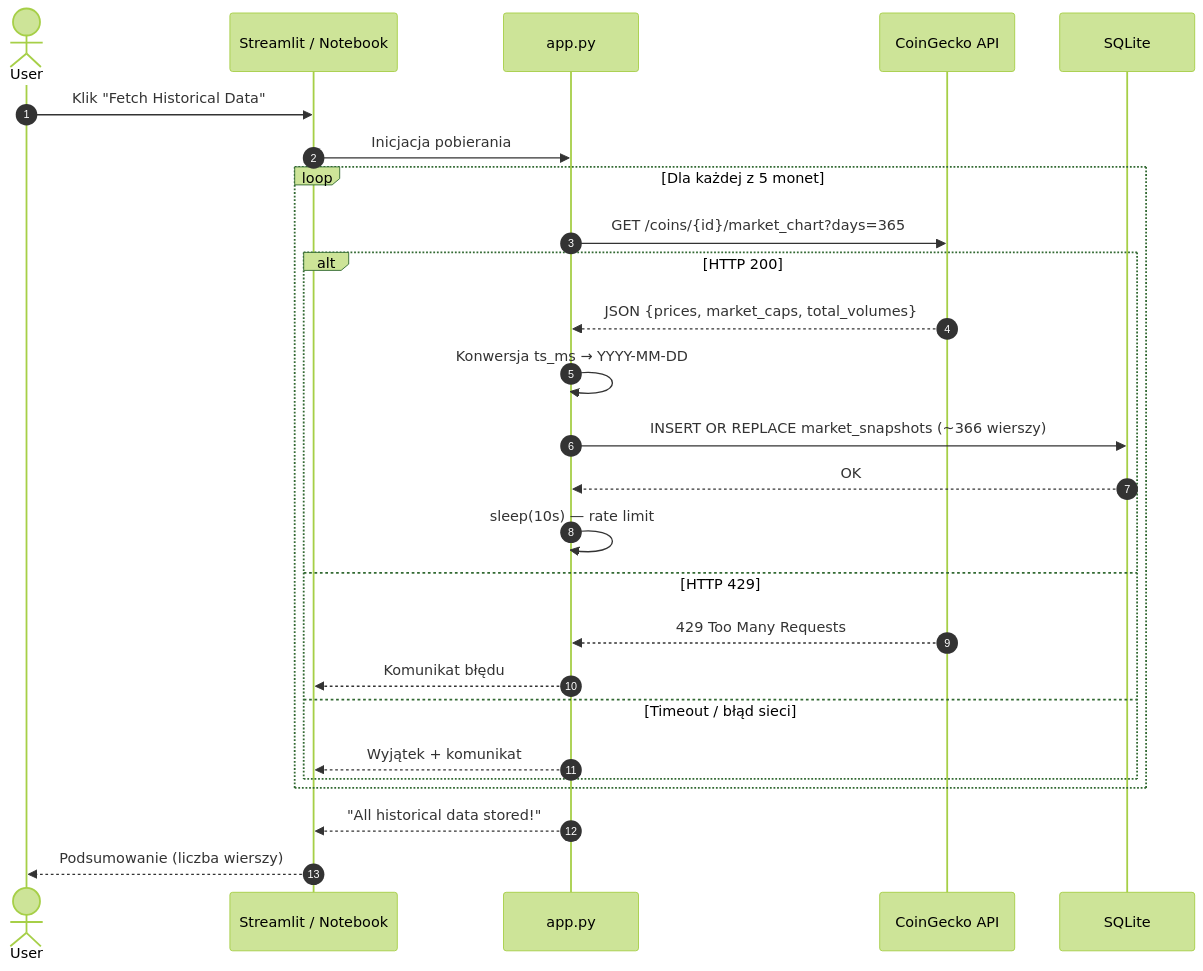
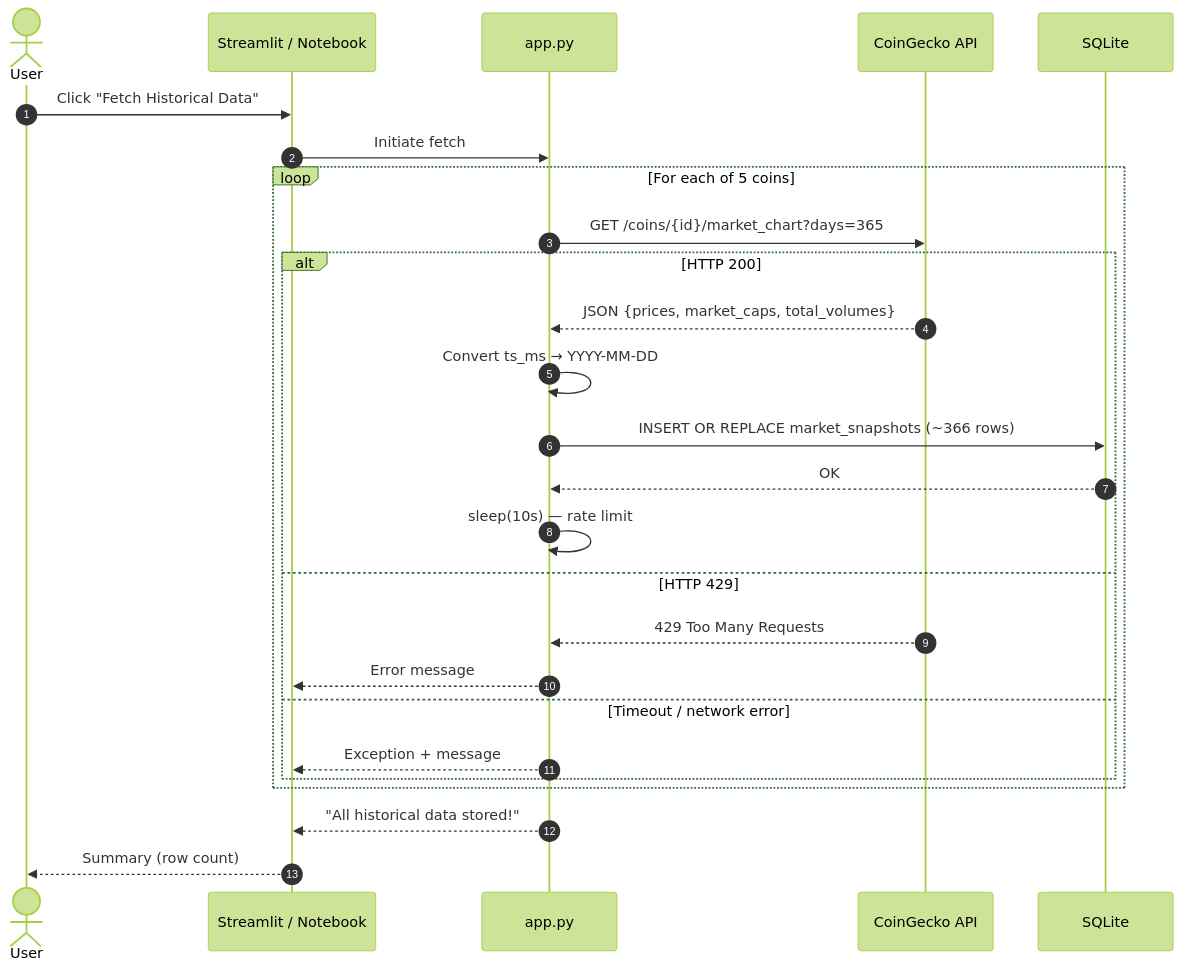
The third of 8 diagrams in .docs/diagrams.md (midusza04/coingeko_project), drawn with Mermaid (forest theme) before and after one commit. The commit also changed other lines of this file and 12 other files, not shown here.

````diff
--- a/.docs/diagrams.md
+++ b/.docs/diagrams.md
@@ -92,31 +92,31 @@
 ```mermaid
 sequenceDiagram
     autonumber
     actor User
     participant UI as Streamlit / Notebook
     participant App as app.py
     participant API as CoinGecko API
     participant DB as SQLite
 
-    User->>UI: Klik "Fetch Historical Data"
-    UI->>App: Inicjacja pobierania
+    User->>UI: Click "Fetch Historical Data"
+    UI->>App: Initiate fetch
 
-    loop Dla każdej z 5 monet
+    loop For each of 5 coins
         App->>API: GET /coins/{id}/market_chart?days=365
         alt HTTP 200
             API-->>App: JSON {prices, market_caps, total_volumes}
-            App->>App: Konwersja ts_ms → YYYY-MM-DD
-            App->>DB: INSERT OR REPLACE market_snapshots (~366 wierszy)
+            App->>App: Convert ts_ms → YYYY-MM-DD
+            App->>DB: INSERT OR REPLACE market_snapshots (~366 rows)
             DB-->>App: OK
             App->>App: sleep(10s) — rate limit
         else HTTP 429
             API-->>App: 429 Too Many Requests
-            App-->>UI: Komunikat błędu
-        else Timeout / błąd sieci
-            App-->>UI: Wyjątek + komunikat
+            App-->>UI: Error message
+        else Timeout / network error
+            App-->>UI: Exception + message
         end
     end
 
     App-->>UI: "All historical data stored!"
-    UI-->>User: Podsumowanie (liczba wierszy)
+    UI-->>User: Summary (row count)
 ```
````
